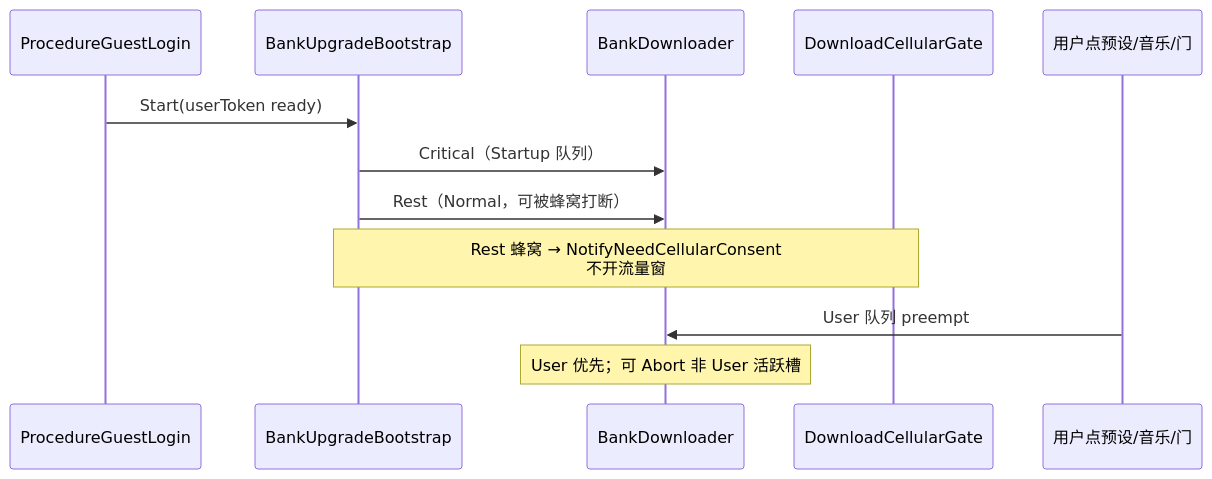
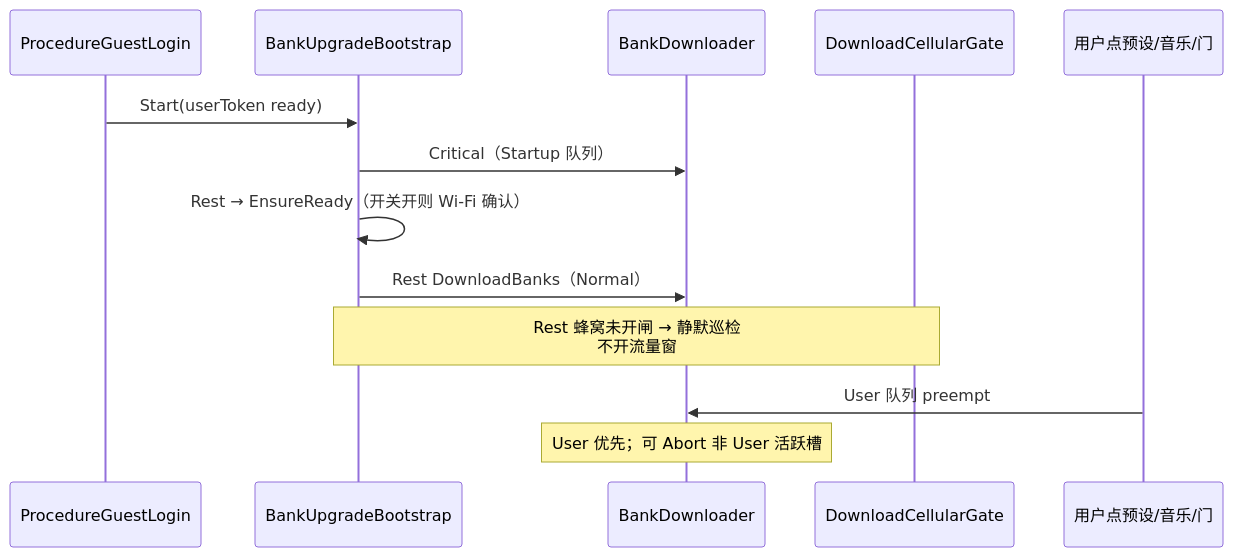
Diagram 11 of 11 in Assets/GameMain/Docs/13-bank-download.md (sika0819/CustomSRP), drawn with Mermaid before and after one commit. The commit also changed other lines of this file and 813 other files, not shown here.

````diff
--- a/Assets/GameMain/Docs/13-bank-download.md
+++ b/Assets/GameMain/Docs/13-bank-download.md
@@ -354,15 +361,16 @@
 ```mermaid
 sequenceDiagram
   participant Login as ProcedureGuestLogin
   participant Boot as BankUpgradeBootstrap
   participant DL as BankDownloader
   participant Cell as DownloadCellularGate
   participant User as 用户点预设/音乐/门
 
   Login->>Boot: Start(userToken ready)
   Boot->>DL: Critical（Startup 队列）
-  Boot->>DL: Rest（Normal，可被蜂窝打断）
-  Note over Boot,Cell: Rest 蜂窝 → NotifyNeedCellularConsent<br/>不开流量窗
+  Boot->>Boot: Rest → EnsureReady（开关开则 Wi‑Fi 确认）
+  Boot->>DL: Rest DownloadBanks（Normal）
+  Note over Boot,Cell: Rest 蜂窝未开闸 → 静默巡检<br/>不开流量窗
   User->>DL: User 队列 preempt
   Note over DL: User 优先；可 Abort 非 User 活跃槽
 ```
````
